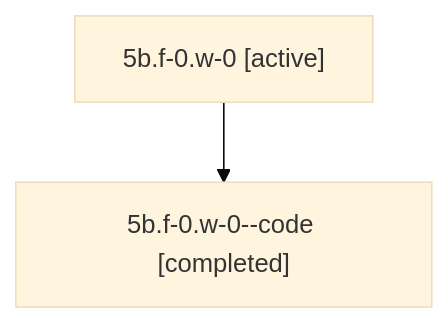
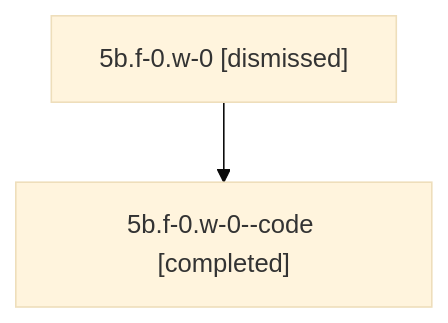
One commit to sase-org/sase--agents changed the diagram in sessions/bbugyi200.athena.5b.f-0.w-0.md. Above: the diagram before and after it, drawn with Mermaid (base theme). The commit also changed other lines of this file and 32 other files, not shown here.

````diff
--- a/sessions/bbugyi200.athena.5b.f-0.w-0.md
+++ b/sessions/bbugyi200.athena.5b.f-0.w-0.md
@@ -9,6 +9,6 @@
 ```mermaid
 flowchart TD
-  n0["5b.f-0.w-0 [active]"]
+  n0["5b.f-0.w-0 [dismissed]"]
   n1["5b.f-0.w-0--code [completed]"]
   n0 --> n1
 ```
````
